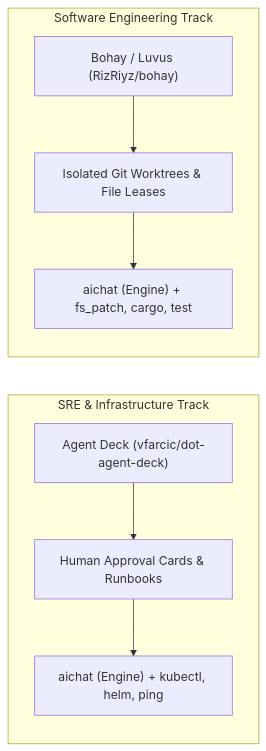
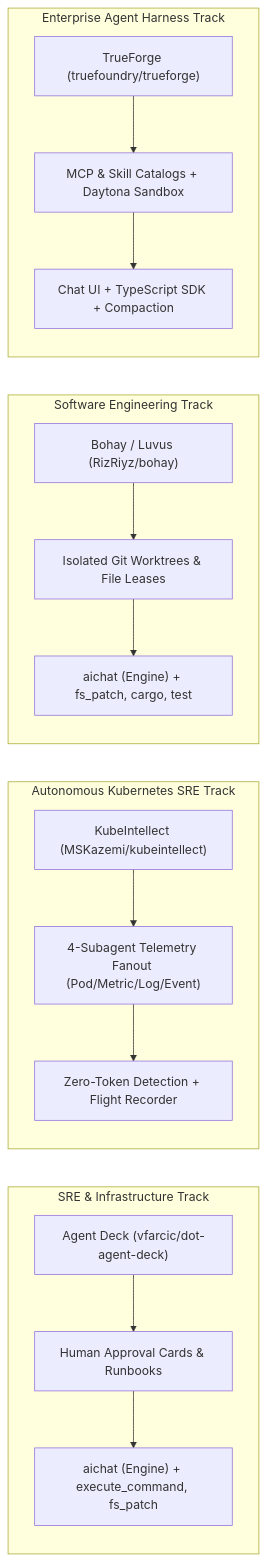
The second of 2 diagrams in .kiro/docs/sre-and-supervisory-landscape.md (fujibearly/Perry), drawn with Mermaid before and after one commit. The commit also changed other lines of this file and 1 other file, not shown here.

Commit message:
docs: record landscape analysis (TrueForge/KubeIntellect) and roadmap backlog items #18-#25

````diff
--- a/.kiro/docs/sre-and-supervisory-landscape.md
+++ b/.kiro/docs/sre-and-supervisory-landscape.md
@@ -64,16 +65,30 @@
 ```mermaid
 graph LR
     subgraph "SRE & Infrastructure Track"
         D1["Agent Deck (vfarcic/dot-agent-deck)"]
         D2["Human Approval Cards & Runbooks"]
-        D3["aichat (Engine) + kubectl, helm, ping"]
+        D3["aichat (Engine) + execute_command, fs_patch"]
         D1 --> D2 --> D3
+    end
+
+    subgraph "Autonomous Kubernetes SRE Track"
+        K1["KubeIntellect (MSKazemi/kubeintellect)"]
+        K2["4-Subagent Telemetry Fanout (Pod/Metric/Log/Event)"]
+        K3["Zero-Token Detection + Flight Recorder"]
+        K1 --> K2 --> K3
     end
 
     subgraph "Software Engineering Track"
         B1["Bohay / Luvus (RizRiyz/bohay)"]
         B2["Isolated Git Worktrees & File Leases"]
         B3["aichat (Engine) + fs_patch, cargo, test"]
         B1 --> B2 --> B3
     end
+
+    subgraph "Enterprise Agent Harness Track"
+        T1["TrueForge (truefoundry/trueforge)"]
+        T2["MCP & Skill Catalogs + Daytona Sandbox"]
+        T3["Chat UI + TypeScript SDK + Compaction"]
+        T1 --> T2 --> T3
+    end
 ```
````
